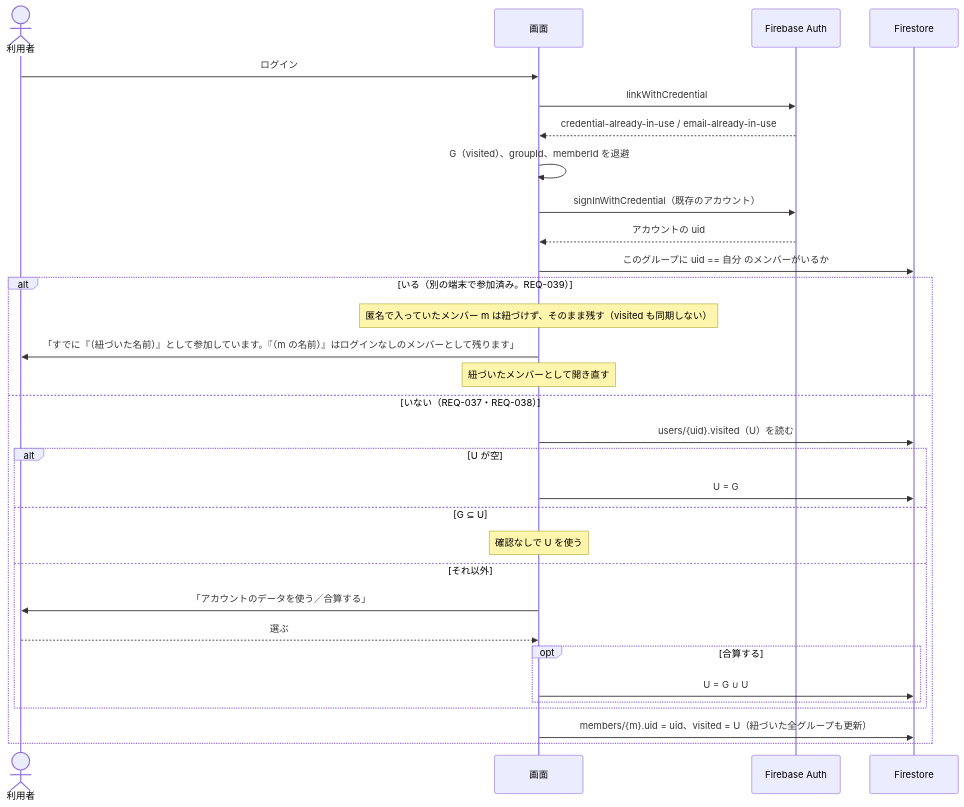
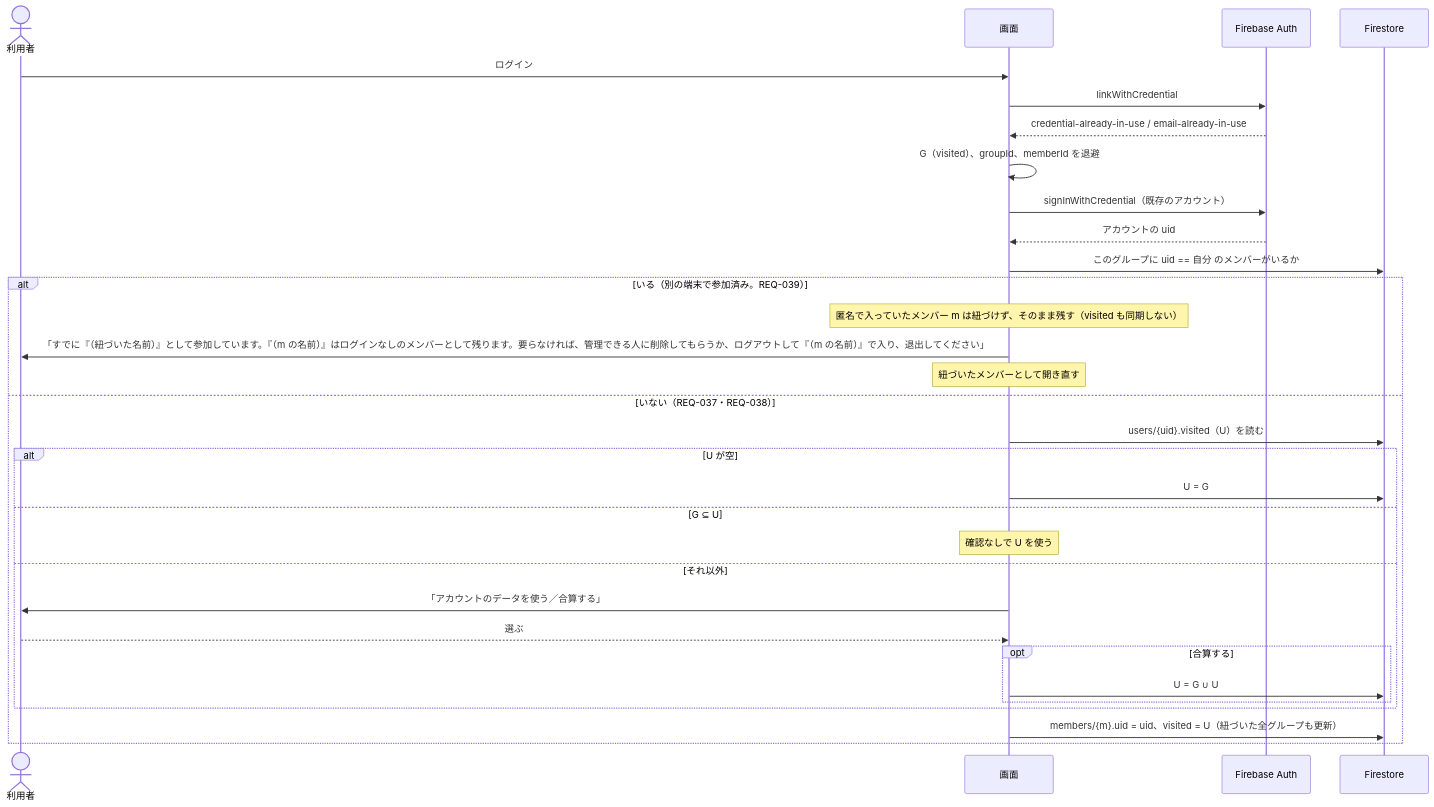
One commit to yuppy52/tabikaigi-map changed the third of 5 diagrams in docs/design/auth-flow.md. Above: the diagram before and after it, drawn with Mermaid. The commit also changed other lines of this file and 11 other files, not shown here.

````diff
--- a/docs/design/auth-flow.md
+++ b/docs/design/auth-flow.md
@@ -63,34 +78,34 @@
 ```mermaid
 sequenceDiagram
   actor U as 利用者
   participant App as 画面
   participant Auth as Firebase Auth
   participant DB as Firestore
 
   U->>App: ログイン
   App->>Auth: linkWithCredential
   Auth-->>App: credential-already-in-use / email-already-in-use
   App->>App: G（visited）、groupId、memberId を退避
   App->>Auth: signInWithCredential（既存のアカウント）
   Auth-->>App: アカウントの uid
   App->>DB: このグループに uid == 自分 のメンバーがいるか
   alt いる（別の端末で参加済み。REQ-039）
     Note over App: 匿名で入っていたメンバー m は紐づけず、そのまま残す（visited も同期しない）
-    App->>U: 「すでに『（紐づいた名前）』として参加しています。『（m の名前）』はログインなしのメンバーとして残ります」
+    App->>U: 「すでに『（紐づいた名前）』として参加しています。『（m の名前）』はログインなしのメンバーとして残ります。要らなければ、管理できる人に削除してもらうか、ログアウトして『（m の名前）』で入り、退出してください」
     Note over App: 紐づいたメンバーとして開き直す
   else いない（REQ-037・REQ-038）
     App->>DB: users/{uid}.visited（U）を読む
     alt U が空
       App->>DB: U = G
     else G ⊆ U
       Note over App: 確認なしで U を使う
     else それ以外
       App->>U: 「アカウントのデータを使う／合算する」
       U-->>App: 選ぶ
       opt 合算する
         App->>DB: U = G ∪ U
       end
     end
     App->>DB: members/{m}.uid = uid、visited = U（紐づいた全グループも更新）
   end
 ```
````
